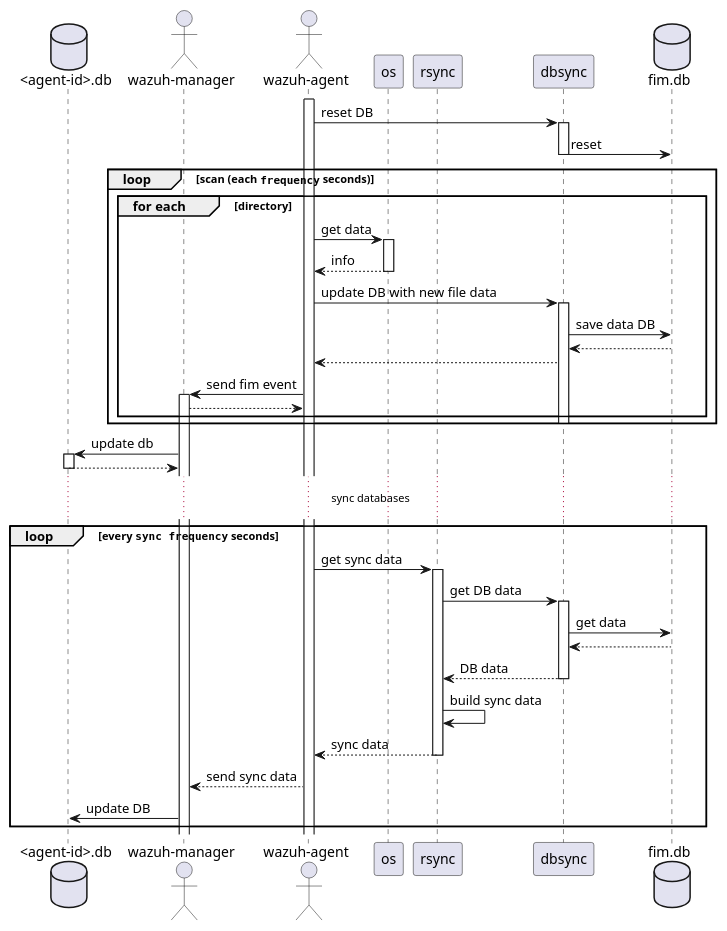
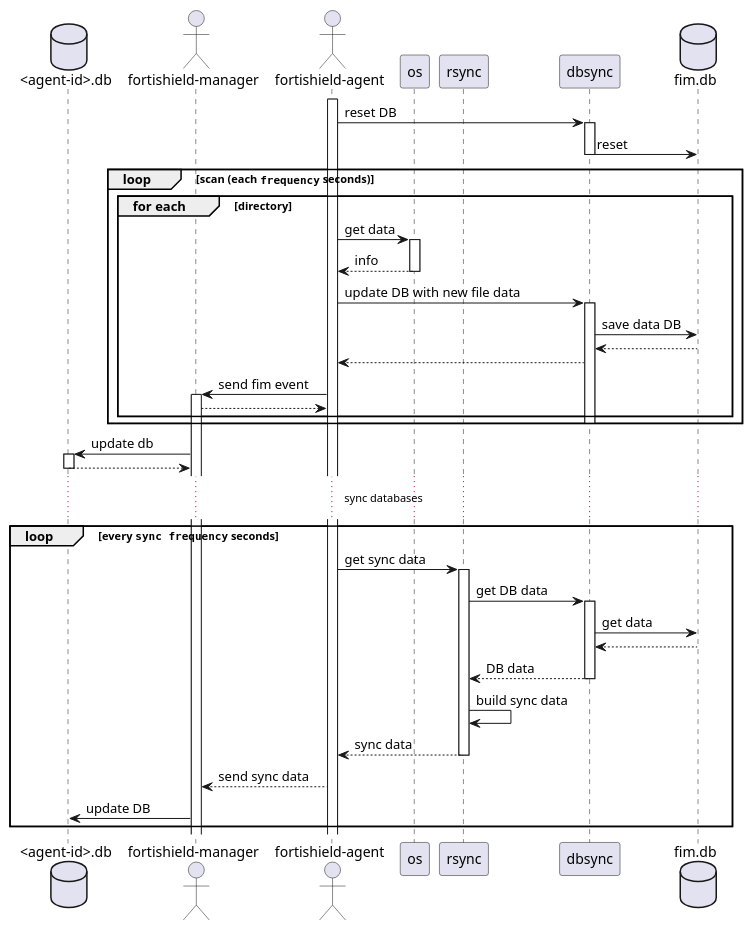
Before and after one commit to FortiShield/FortiShield: the diagram in architecture/FIM/db/sequence_diagram.puml, drawn with PlantUML. The commit also changed other lines of this file and 1785 other files, not shown here.

```diff
--- a/architecture/FIM/db/sequence_diagram.puml
+++ b/architecture/FIM/db/sequence_diagram.puml
@@ -5,48 +5,48 @@
 @startuml sequence_diagram_db_fim
 database "<agent-id>.db" as agent.db
-actor "wazuh-manager" as manager
-actor "wazuh-agent" as fim
+actor "fortishield-manager" as manager
+actor "fortishield-agent" as fim
 participant os as os
 participant rsync
 participant dbsync
 database fim.db as fdb
 
 activate fim
 
 fim -> dbsync ++: reset DB
 dbsync -> fdb -- : reset
 
 
 loop scan (each ""frequency"" seconds)
     group for each [directory]
         fim -> os ++: get data
         fim <-- os --: info
         fim -> dbsync++ : update DB with new file data
         dbsync -> fdb : save data DB
         dbsync <-- fdb
         fim <-- dbsync
         manager <- fim ++: send fim event
         manager --> fim
      end group
         dbsync--
 end loop
         agent.db <- manager++: update db
         agent.db --> manager --
 
 ... sync databases ...
 
 loop every ""sync frequency"" seconds
 
 
 
     fim -> rsync++ : get sync data
     rsync -> dbsync++ : get DB data
     dbsync -> fdb : get data
     dbsync <-- fdb
     rsync <-- dbsync-- : DB data
     rsync -> rsync : build sync data
     rsync --> fim --: sync data
     fim --> manager : send sync data
     manager -> agent.db: update DB
 end loop
 @enduml
```
